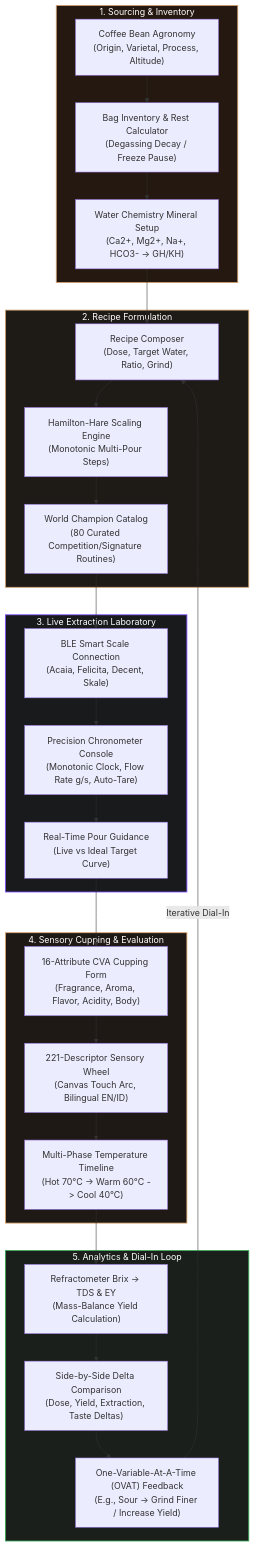
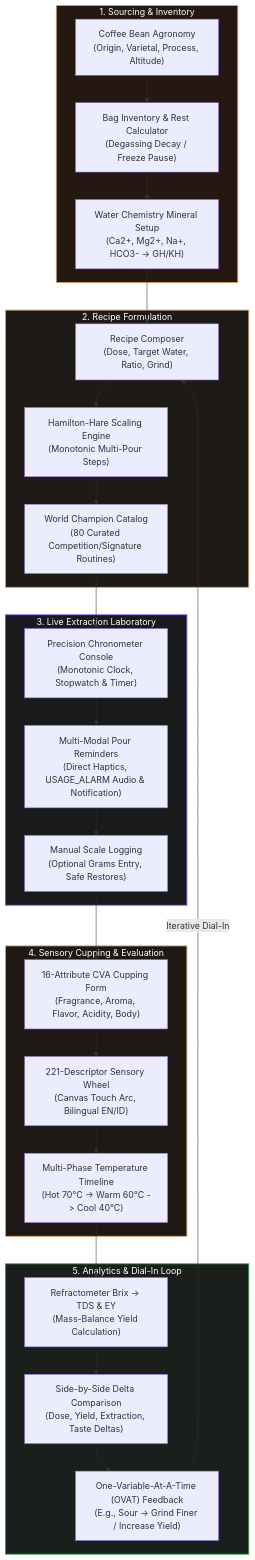
The first of 2 diagrams in README.md (Adrian463588/coffee-creator), drawn with Mermaid before and after one commit. The commit also changed other lines of this file, not shown here.

Commit message:
docs: align readme with current manual chronometer and remove ble

````diff
--- a/README.md
+++ b/README.md
@@ -115,38 +115,38 @@
 ```mermaid
 flowchart TD
     subgraph S1["1. Sourcing & Inventory"]
         A["Coffee Bean Agronomy\n(Origin, Varietal, Process, Altitude)"] --> B["Bag Inventory & Rest Calculator\n(Degassing Decay / Freeze Pause)"]
         B --> C["Water Chemistry Mineral Setup\n(Ca2+, Mg2+, Na+, HCO3- -> GH/KH)"]
     end
 
     subgraph S2["2. Recipe Formulation"]
         C --> D["Recipe Composer\n(Dose, Target Water, Ratio, Grind)"]
         D --> E["Hamilton-Hare Scaling Engine\n(Monotonic Multi-Pour Steps)"]
         E --> F["World Champion Catalog\n(80 Curated Competition/Signature Routines)"]
     end
 
     subgraph S3["3. Live Extraction Laboratory"]
-        F --> G["BLE Smart Scale Connection\n(Acaia, Felicita, Decent, Skale)"]
-        G --> H["Precision Chronometer Console\n(Monotonic Clock, Flow Rate g/s, Auto-Tare)"]
-        H --> I["Real-Time Pour Guidance\n(Live vs Ideal Target Curve)"]
+        F --> G["Precision Chronometer Console\n(Monotonic Clock, Stopwatch & Timer)"]
+        G --> H["Multi-Modal Pour Reminders\n(Direct Haptics, USAGE_ALARM Audio & Notification)"]
+        H --> I["Manual Scale Logging\n(Optional Grams Entry, Safe Restores)"]
     end
 
     subgraph S4["4. Sensory Cupping & Evaluation"]
         I --> J["16-Attribute CVA Cupping Form\n(Fragrance, Aroma, Flavor, Acidity, Body)"]
         J --> K["221-Descriptor Sensory Wheel\n(Canvas Touch Arc, Bilingual EN/ID)"]
         K --> L["Multi-Phase Temperature Timeline\n(Hot 70°C -> Warm 60°C -> Cool 40°C)"]
     end
 
     subgraph S5["5. Analytics & Dial-In Loop"]
         L --> M["Refractometer Brix -> TDS & EY\n(Mass-Balance Yield Calculation)"]
         M --> N["Side-by-Side Delta Comparison\n(Dose, Yield, Extraction, Taste Deltas)"]
         N --> O["One-Variable-At-A-Time (OVAT) Feedback\n(E.g., Sour -> Grind Finer / Increase Yield)"]
         O -->|Iterative Dial-In| D
     end
 
     style S1 fill:#251810,stroke:#D4A373,stroke-width:1.5px,color:#fff
     style S2 fill:#1E1A16,stroke:#D4A373,stroke-width:1.5px,color:#fff
     style S3 fill:#181A1B,stroke:#7F52FF,stroke-width:1.5px,color:#fff
     style S4 fill:#1F1916,stroke:#E0A96D,stroke-width:1.5px,color:#fff
     style S5 fill:#1A1F1B,stroke:#34A853,stroke-width:1.5px,color:#fff
 ```
````
